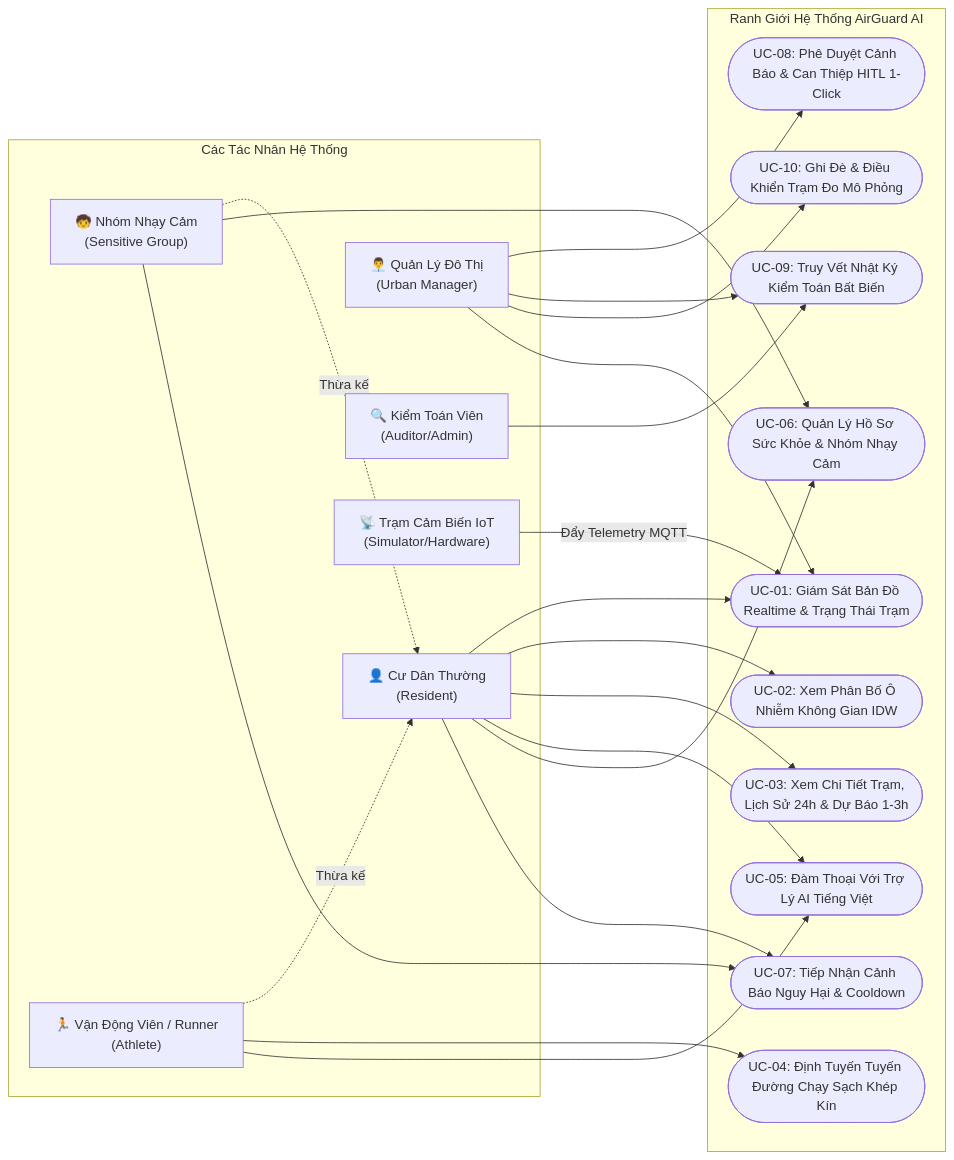
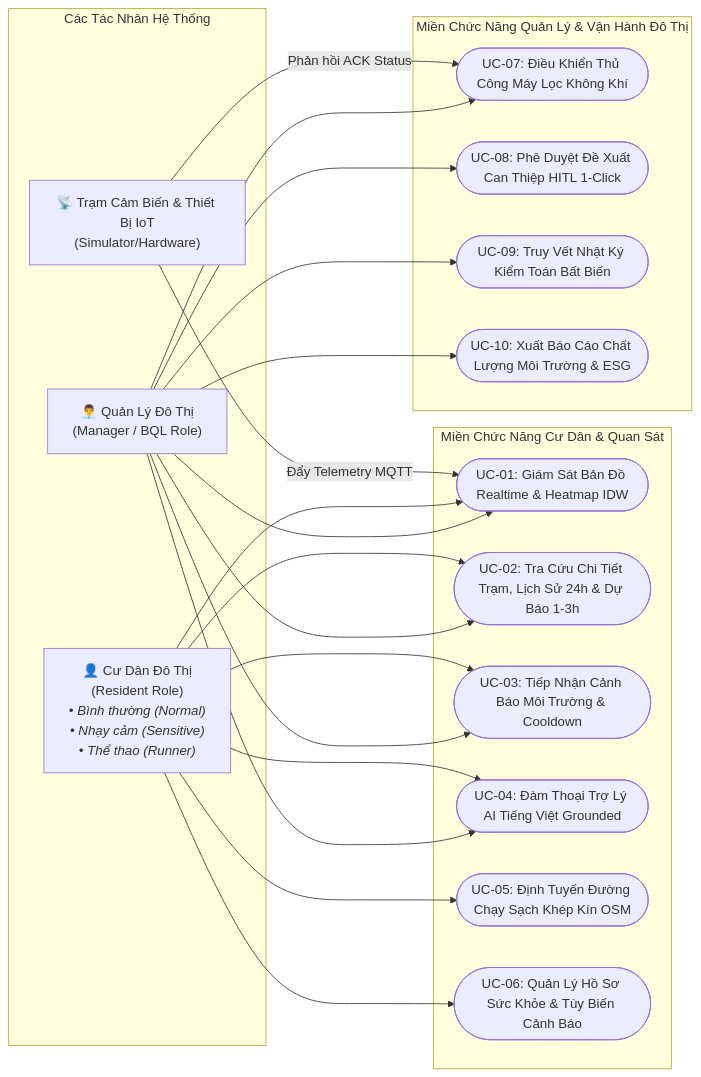
Before and after one commit to zangzang1303/airguard-core: the first of 5 diagrams in SRS.md, drawn with Mermaid. The commit also changed other lines of this file and 2 other files, not shown here.

Commit message:
docs(srs): standardize 2-role architecture and rewrite Section 4 Use Case Specifications to match actual system implementation

````diff
--- a/SRS.md
+++ b/SRS.md
@@ -266,47 +266,43 @@
 ```mermaid
 flowchart LR
     subgraph Actors [Các Tác Nhân Hệ Thống]
-        Resident["👤 Cư Dân Thường<br/>(Resident)"]
-        Sensitive["🧒 Nhóm Nhạy Cảm<br/>(Sensitive Group)"]
-        Runner["🏃 Vận Động Viên / Runner<br/>(Athlete)"]
-        Manager["👨‍💼 Quản Lý Đô Thị<br/>(Urban Manager)"]
-        Auditor["🔍 Kiểm Toán Viên<br/>(Auditor/Admin)"]
-        Sensor["📡 Trạm Cảm Biến IoT<br/>(Simulator/Hardware)"]
+        Resident["👤 Cư Dân Đô Thị<br/>(Resident Role)<br/><i>• Bình thường (Normal)<br/>• Nhạy cảm (Sensitive)<br/>• Thể thao (Runner)</i>"]
+        Manager["👨‍💼 Quản Lý Đô Thị<br/>(Manager / BQL Role)"]
+        Sensor["📡 Trạm Cảm Biến & Thiết Bị IoT<br/>(Simulator/Hardware)"]
     end
 
-    subgraph Boundary [Ranh Giới Hệ Thống AirGuard AI]
-        UC01(["UC-01: Giám Sát Bản Đồ Realtime & Trạng Thái Trạm"])
-        UC02(["UC-02: Xem Phân Bố Ô Nhiễm Không Gian IDW"])
-        UC03(["UC-03: Xem Chi Tiết Trạm, Lịch Sử 24h & Dự Báo 1-3h"])
-        UC04(["UC-04: Định Tuyến Tuyến Đường Chạy Sạch Khép Kín"])
-        UC05(["UC-05: Đàm Thoại Với Trợ Lý AI Tiếng Việt"])
-        UC06(["UC-06: Quản Lý Hồ Sơ Sức Khỏe & Nhóm Nhạy Cảm"])
-        UC07(["UC-07: Tiếp Nhận Cảnh Báo Nguy Hại & Cooldown"])
-        UC08(["UC-08: Phê Duyệt Cảnh Báo & Can Thiệp HITL 1-Click"])
+    subgraph CoreDomain [Miền Chức Năng Cư Dân & Quan Sát]
+        UC01(["UC-01: Giám Sát Bản Đồ Realtime & Heatmap IDW"])
+        UC02(["UC-02: Tra Cứu Chi Tiết Trạm, Lịch Sử 24h & Dự Báo 1-3h"])
+        UC03(["UC-03: Tiếp Nhận Cảnh Báo Môi Trường & Cooldown"])
+        UC04(["UC-04: Đàm Thoại Trợ Lý AI Tiếng Việt Grounded"])
+        UC05(["UC-05: Định Tuyến Đường Chạy Sạch Khép Kín OSM"])
+        UC06(["UC-06: Quản Lý Hồ Sơ Sức Khỏe & Tùy Biến Cảnh Báo"])
+    end
+
+    subgraph AdminDomain [Miền Chức Năng Quản Lý & Vận Hành Đô Thị]
+        UC07(["UC-07: Điều Khiển Thủ Công Máy Lọc Không Khí"])
+        UC08(["UC-08: Phê Duyệt Đề Xuất Can Thiệp HITL 1-Click"])
         UC09(["UC-09: Truy Vết Nhật Ký Kiểm Toán Bất Biến"])
-        UC10(["UC-10: Ghi Đè & Điều Khiển Trạm Đo Mô Phỏng"])
+        UC10(["UC-10: Xuất Báo Cáo Chất Lượng Môi Trường & ESG"])
     end
 
     Sensor -->|Đẩy Telemetry MQTT| UC01
+    Sensor -->|Phản hồi ACK Status| UC07
+
     Resident --> UC01
     Resident --> UC02
     Resident --> UC03
+    Resident --> UC04
     Resident --> UC05
     Resident --> UC06
-    Resident --> UC07
 
-    Sensitive -.->|Thừa kế| Resident
-    Sensitive --> UC06
-    Sensitive --> UC07
-
-    Runner -.->|Thừa kế| Resident
-    Runner --> UC04
-    Runner --> UC05
-
+    Manager --> UC01
+    Manager --> UC02
+    Manager --> UC03
+    Manager --> UC04
+    Manager --> UC07
     Manager --> UC08
     Manager --> UC09
     Manager --> UC10
-    Manager --> UC01
-
-    Auditor --> UC09
 ```
````
